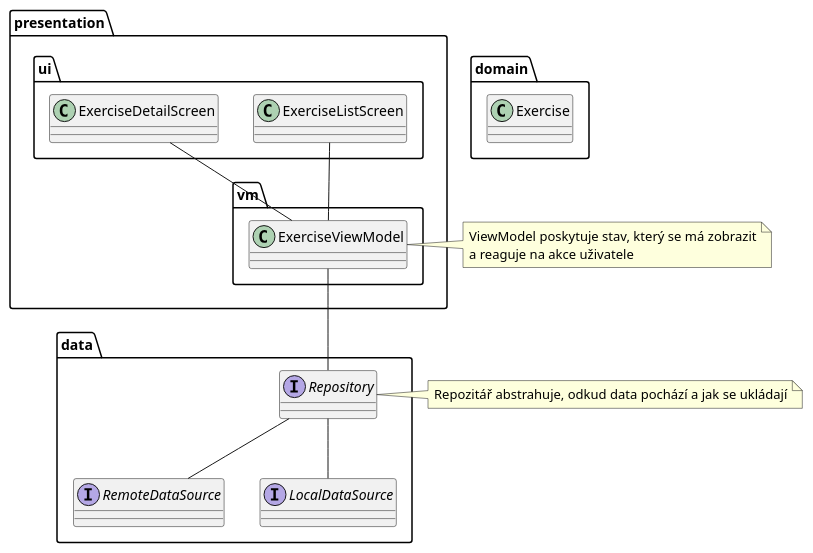
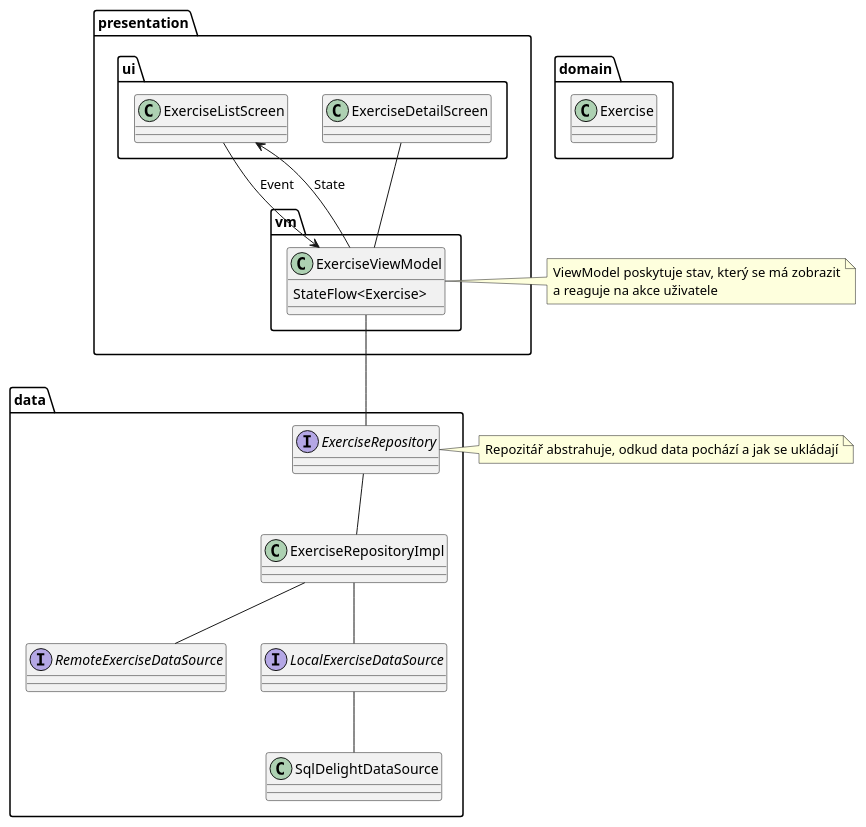
One commit to JakubHerr/GitFit changed the diagram in docs/ClassDiagram.puml. Above: the diagram before and after it, drawn with PlantUML. The commit also changed 17 other files, not shown here.

Commit message:
Use SqlDelight for exercise WIP

```diff
--- a/docs/ClassDiagram.puml
+++ b/docs/ClassDiagram.puml
@@ -1,36 +1,43 @@
 @startuml
 'https://plantuml.com/class-diagram
 
 package presentation {
     package ui {
+        class ExerciseDetailScreen
         class ExerciseListScreen
-        class ExerciseDetailScreen
     }
     package vm {
         class ExerciseViewModel
     }
 }
 
 package domain {
     class Exercise
 }
 
 package data {
-    interface RemoteDataSource
-    interface LocalDataSource
-    interface Repository
+    interface RemoteExerciseDataSource
+    interface LocalExerciseDataSource
+    interface ExerciseRepository
+    class ExerciseRepositoryImpl
+    class SqlDelightDataSource
 }
 
-note right of Repository : Repozitář abstrahuje, odkud data pochází a jak se ukládají
+note right of ExerciseRepository : Repozitář abstrahuje, odkud data pochází a jak se ukládají
 note right of ExerciseViewModel
  ViewModel poskytuje stav, který se má zobrazit
  a reaguje na akce uživatele
  endnote
 
 
+ExerciseRepository -- ExerciseRepositoryImpl
+ExerciseListScreen -> ExerciseViewModel : Event
+ExerciseListScreen <- ExerciseViewModel : State
 ExerciseDetailScreen -- ExerciseViewModel
-ExerciseListScreen -- ExerciseViewModel
-ExerciseViewModel -- Repository
-Repository -- RemoteDataSource
-Repository -- LocalDataSource
+ExerciseViewModel -- ExerciseRepository
+ExerciseRepositoryImpl -- RemoteExerciseDataSource
+ExerciseRepositoryImpl -- LocalExerciseDataSource
+LocalExerciseDataSource -- SqlDelightDataSource
+
+ExerciseViewModel : StateFlow<Exercise>
 @enduml
```
